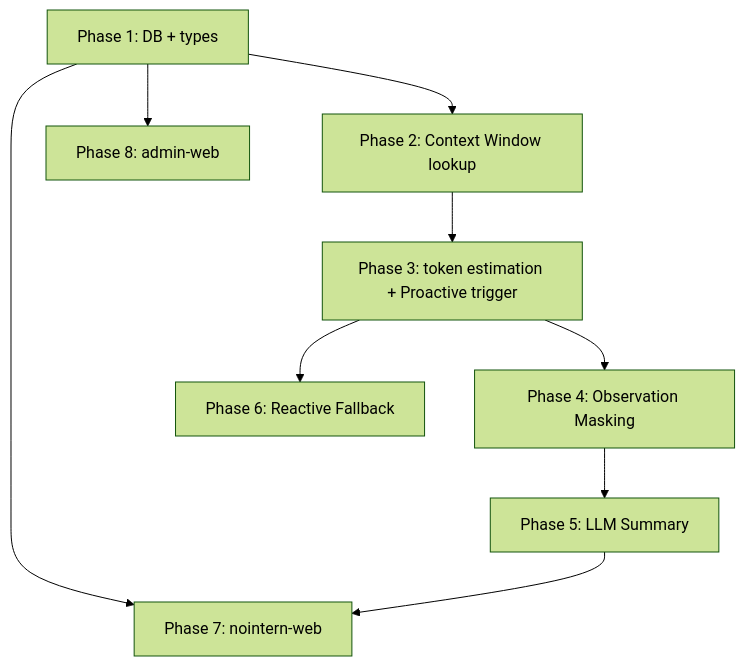
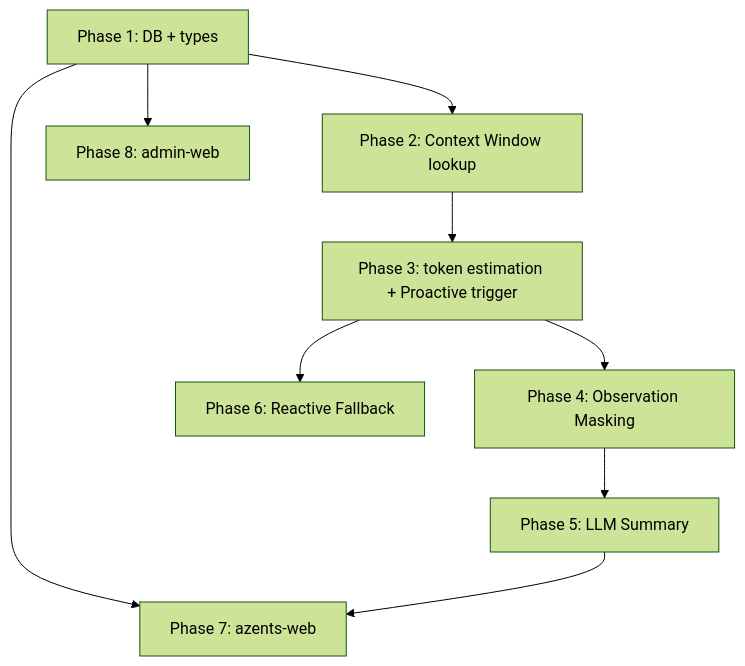
The diagram in docs/azents/design/context-260305-context-compaction.md (azents/azents), drawn with Mermaid (forest theme) before and after one commit. The commit also changed other lines of this file and 245 other files, not shown here.

````diff
--- a/docs/azents/design/context-260305-context-compaction.md
+++ b/docs/azents/design/context-260305-context-compaction.md
@@ -625,11 +625,11 @@
 ```mermaid
 graph TD
     P1[Phase 1: DB + types] --> P2[Phase 2: Context Window lookup]
-    P1 --> P7[Phase 7: nointern-web]
+    P1 --> P7[Phase 7: azents-web]
     P1 --> P8[Phase 8: admin-web]
     P2 --> P3[Phase 3: token estimation + Proactive trigger]
     P3 --> P4[Phase 4: Observation Masking]
     P4 --> P5[Phase 5: LLM Summary]
     P3 --> P6[Phase 6: Reactive Fallback]
     P5 --> P7
 ```
````
